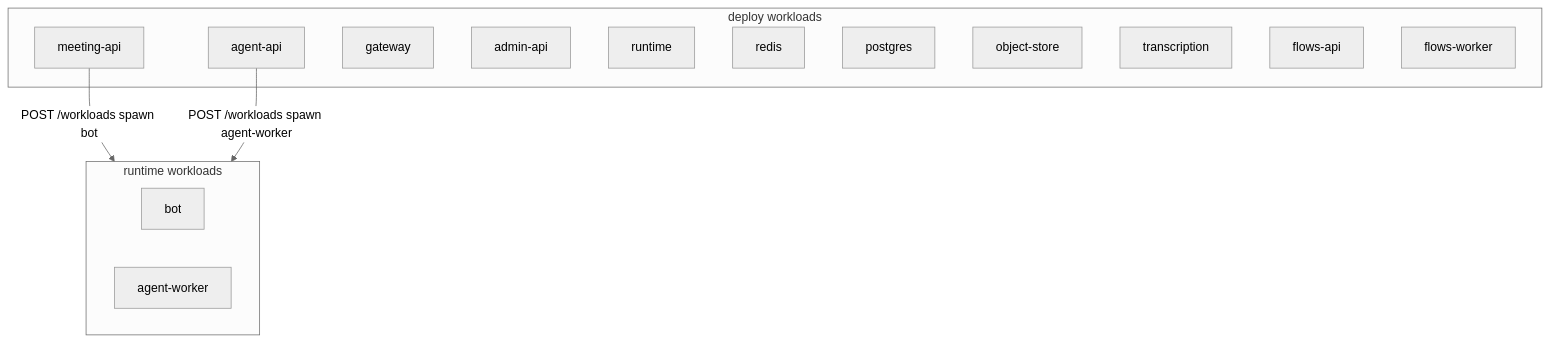
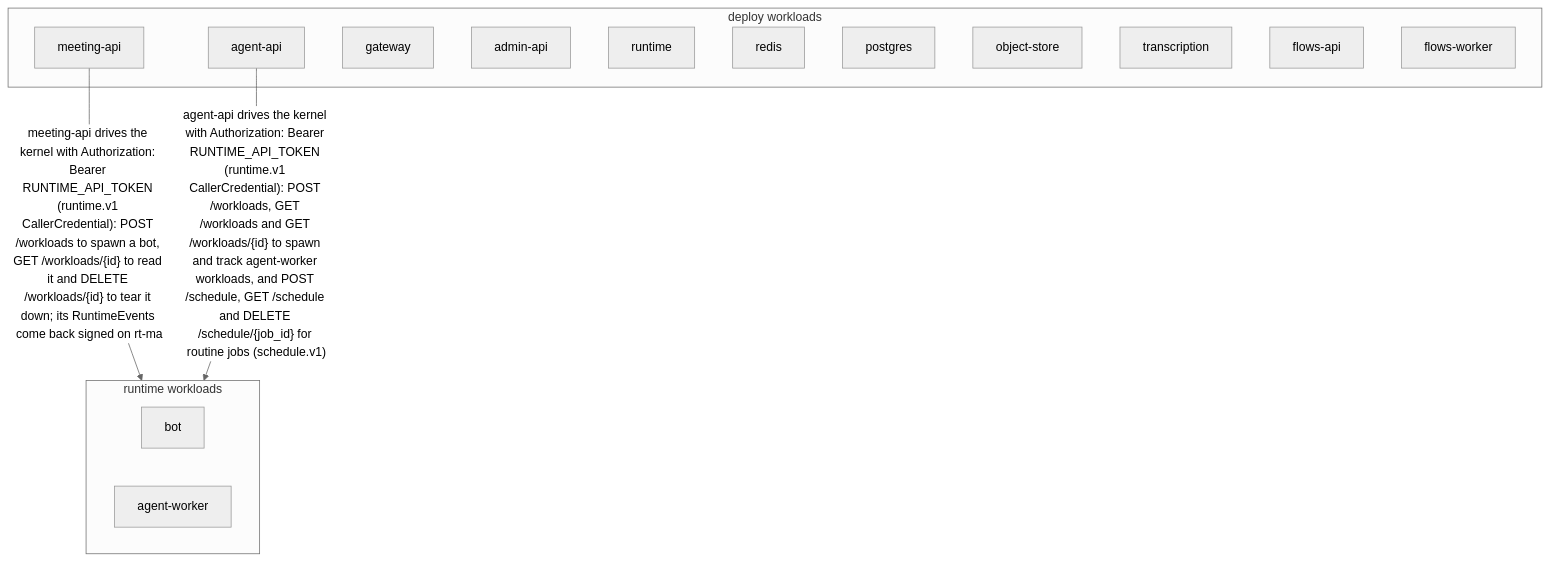
The diagram in docs/views/deployment.mmd (Vexa-ai/vexa), drawn with Mermaid (neutral theme) before and after one commit. The commit also changed 6 other files, not shown here.

```diff
--- a/docs/views/deployment.mmd
+++ b/docs/views/deployment.mmd
@@ -1,23 +1,23 @@
 %% GENERATED — pnpm arch:dsl --write
 flowchart TB
   subgraph runtime_wl["runtime workloads"]
     bot["bot"]
     agent_worker["agent-worker"]
   end
-  meeting_api -->|"POST /workloads spawn bot"| runtime_wl
-  agent_api -->|"POST /workloads spawn agent-worker"| runtime_wl
+  meeting_api -->|"meeting-api drives the kernel with Authorization: Bearer RUNTIME_API_TOKEN (runtime.v1 CallerCredential): POST /workloads to spawn a bot, GET /workloads/{id} to read it and DELETE /workloads/{id} to tear it down; its RuntimeEvents come back signed on rt-ma"| runtime_wl
+  agent_api -->|"agent-api drives the kernel with Authorization: Bearer RUNTIME_API_TOKEN (runtime.v1 CallerCredential): POST /workloads, GET /workloads and GET /workloads/{id} to spawn and track agent-worker workloads, and POST /schedule, GET /schedule and DELETE /schedule/{job_id} for routine jobs (schedule.v1)"| runtime_wl
   subgraph deploy_wl["deploy workloads"]
     gateway["gateway"]
     meeting_api["meeting-api"]
     agent_api["agent-api"]
     admin_api["admin-api"]
     runtime["runtime"]
     redis["redis"]
     postgres["postgres"]
     object_store["object-store"]
     transcription["transcription"]
   end
   subgraph deploy_wl["deploy workloads"]
     flows_api["flows-api"]
     flows_worker["flows-worker"]
   end
```
